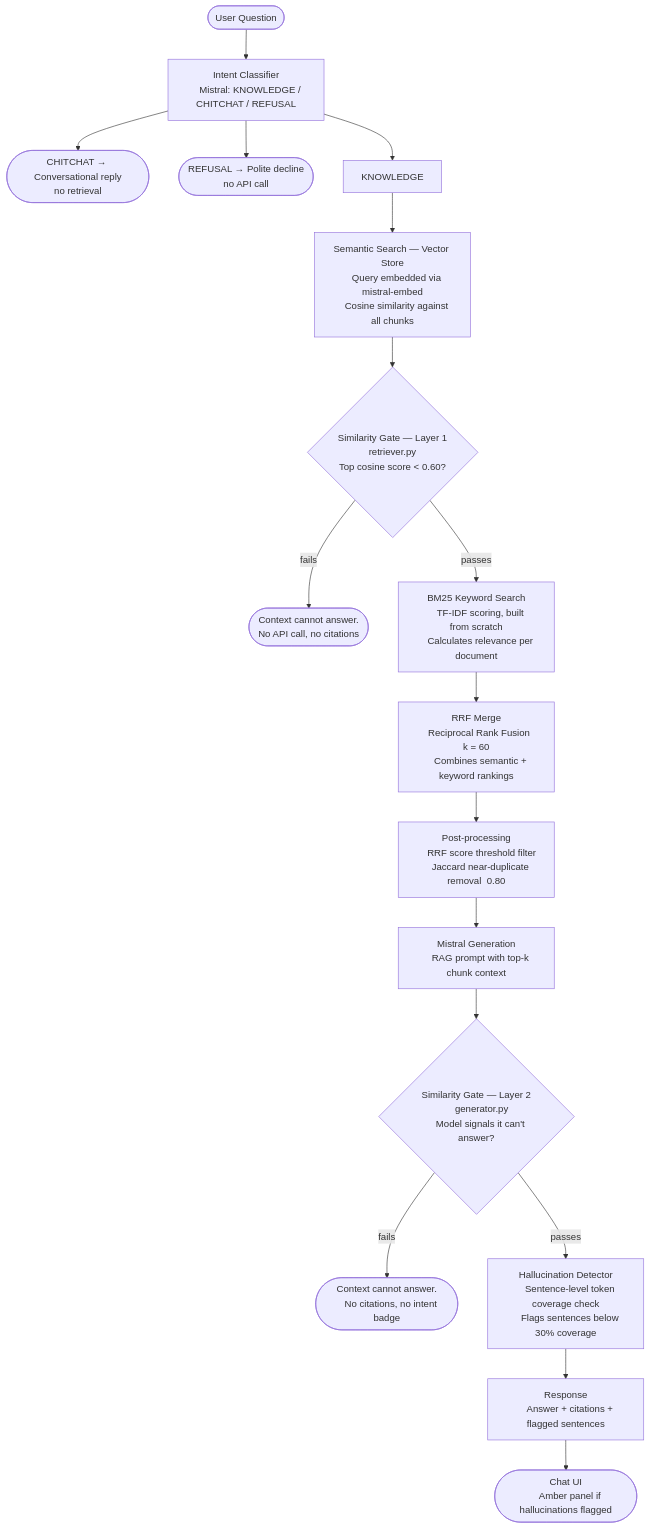
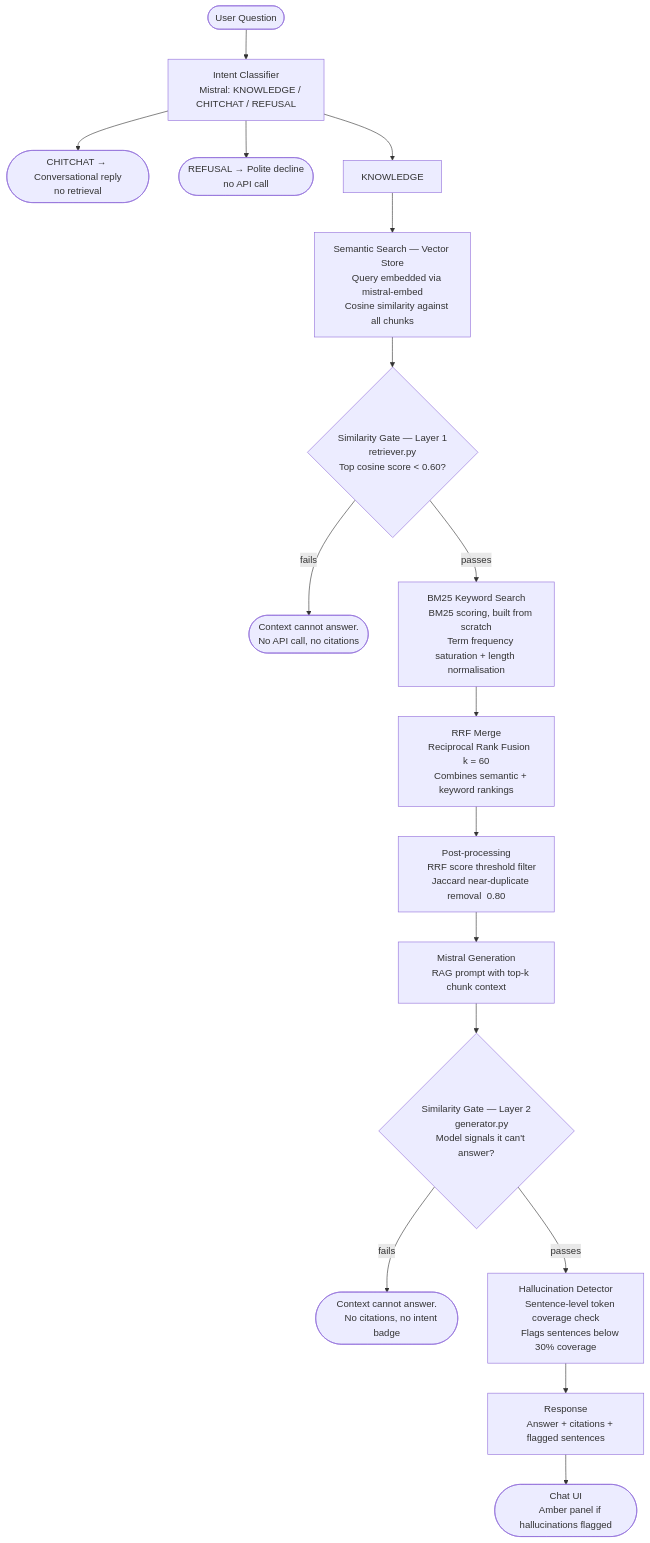
One commit to Oxywave/StackAI-RAG changed the first of 2 diagrams in README.md. Above: the diagram before and after it, drawn with Mermaid. The commit also changed other lines of this file and 5 other files, not shown here.

````diff
--- a/README.md
+++ b/README.md
@@ -58,52 +67,52 @@
 ```mermaid
 flowchart TD
     A([User Question]) --> B["Intent Classifier
     Mistral: KNOWLEDGE / CHITCHAT / REFUSAL"]
 
     B --> C([CHITCHAT → Conversational reply\nno retrieval])
     B --> D([REFUSAL → Polite decline\nno API call])
     B --> E[KNOWLEDGE]
 
     E --> F["Semantic Search — Vector Store
     Query embedded via mistral-embed
     Cosine similarity against all chunks"]
 
     F --> G{"Similarity Gate — Layer 1
     retriever.py
     Top cosine score < 0.60?"}
 
     G -->|fails| H(["Context cannot answer.
     No API call, no citations"])
 
     G -->|passes| I["BM25 Keyword Search
-    TF-IDF scoring, built from scratch
-    Calculates relevance per document"]
+    BM25 scoring, built from scratch
+    Term frequency saturation + length normalisation"]
 
     I --> J["RRF Merge
     Reciprocal Rank Fusion  k = 60
     Combines semantic + keyword rankings"]
 
     J --> K["Post-processing
     RRF score threshold filter
     Jaccard near-duplicate removal  0.80"]
 
     K --> L["Mistral Generation
     RAG prompt with top-k chunk context"]
 
     L --> M{"Similarity Gate — Layer 2
     generator.py
     Model signals it can't answer?"}
 
     M -->|fails| N(["Context cannot answer.
     No citations, no intent badge"])
 
     M -->|passes| O["Hallucination Detector
     Sentence-level token coverage check
     Flags sentences below 30% coverage"]
 
     O --> P["Response
     Answer + citations + flagged sentences"]
 
     P --> Q(["Chat UI
     Amber panel if hallucinations flagged"])
 ```
````
